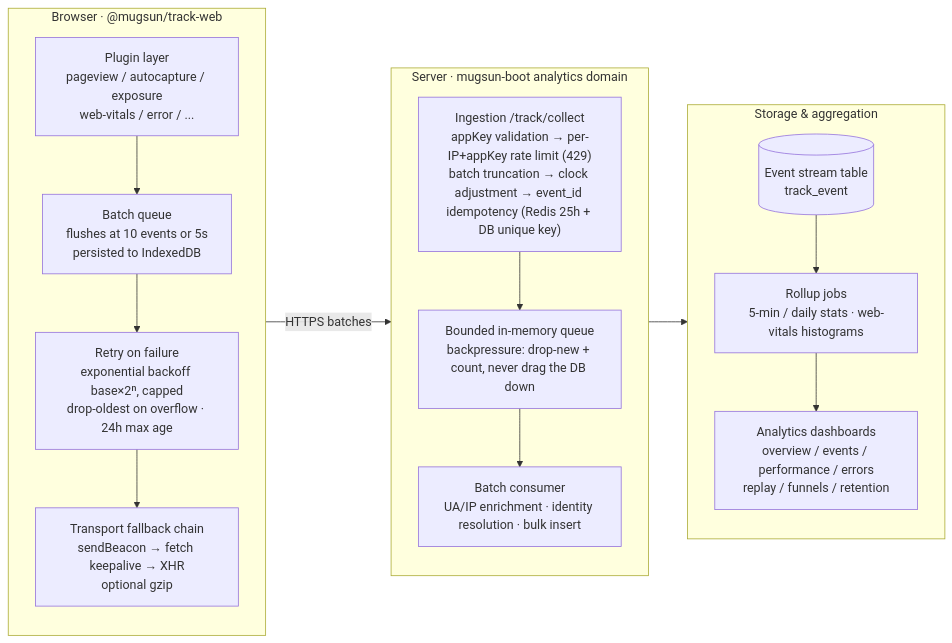
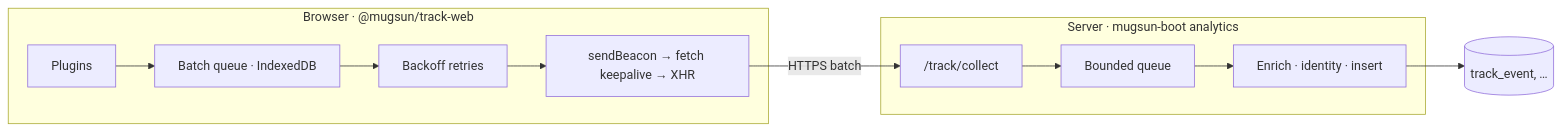
One commit to mugsun/mugsun-track changed the diagram in README_EN.md. Above: the diagram before and after it, drawn with Mermaid. The commit also changed other lines of this file and 1 other file, not shown here.

````diff
--- a/README_EN.md
+++ b/README_EN.md
@@ -29,30 +29,18 @@
 ```mermaid
 flowchart LR
   subgraph browser["Browser · @mugsun/track-web"]
-    direction TB
-    P["Plugin layer<br/>pageview / autocapture / exposure<br/>web-vitals / error / ..."]
-    Q["Batch queue<br/>flushes at 10 events or 5s<br/>persisted to IndexedDB"]
-    R["Retry on failure<br/>exponential backoff base×2ⁿ, capped<br/>drop-oldest on overflow · 24h max age"]
-    T["Transport fallback chain<br/>sendBeacon → fetch keepalive → XHR<br/>optional gzip"]
+    P["Plugins"]
+    Q["Batch queue · IndexedDB"]
+    R["Backoff retries"]
+    T["sendBeacon → fetch keepalive → XHR"]
     P --> Q --> R --> T
   end
-
-  subgraph server["Server · mugsun-boot analytics domain"]
-    direction TB
-    I["Ingestion /track/collect<br/>appKey validation → per-IP+appKey rate limit (429)<br/>batch truncation → clock adjustment → event_id idempotency (Redis 25h + DB unique key)"]
-    B["Bounded in-memory queue<br/>backpressure: drop-new + count, never drag the DB down"]
-    C["Batch consumer<br/>UA/IP enrichment · identity resolution · bulk insert"]
+  subgraph server["Server · mugsun-boot analytics"]
+    I["/track/collect"]
+    B["Bounded queue"]
+    C["Enrich · identity · insert"]
     I --> B --> C
   end
-
-  subgraph store["Storage & aggregation"]
-    direction TB
-    DB[("Event stream table<br/>track_event")]
-    J["Rollup jobs<br/>5-min / daily stats · web-vitals histograms"]
-    D["Analytics dashboards<br/>overview / events / performance / errors<br/>replay / funnels / retention"]
-    DB --> J --> D
-  end
-
-  T -->|HTTPS batches| I
-  C --> DB
+  T -->|HTTPS batch| I
+  C --> DB[("track_event, …")]
 ```
````
